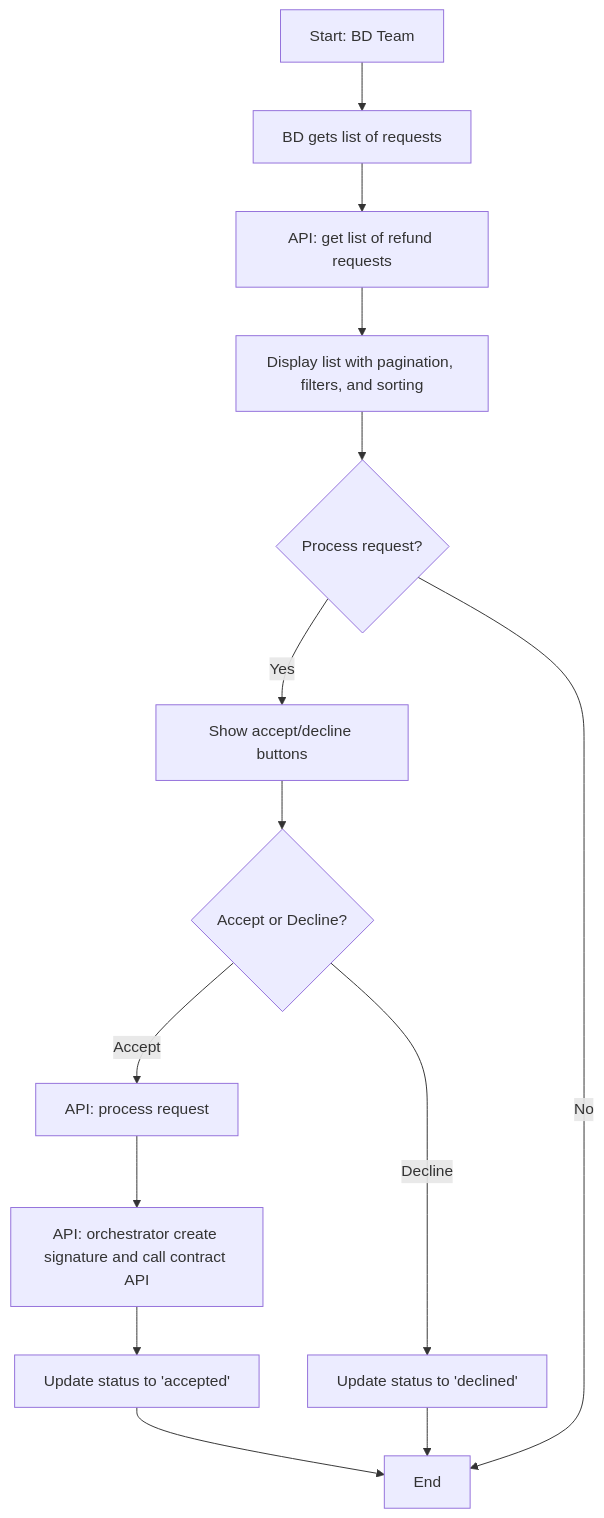
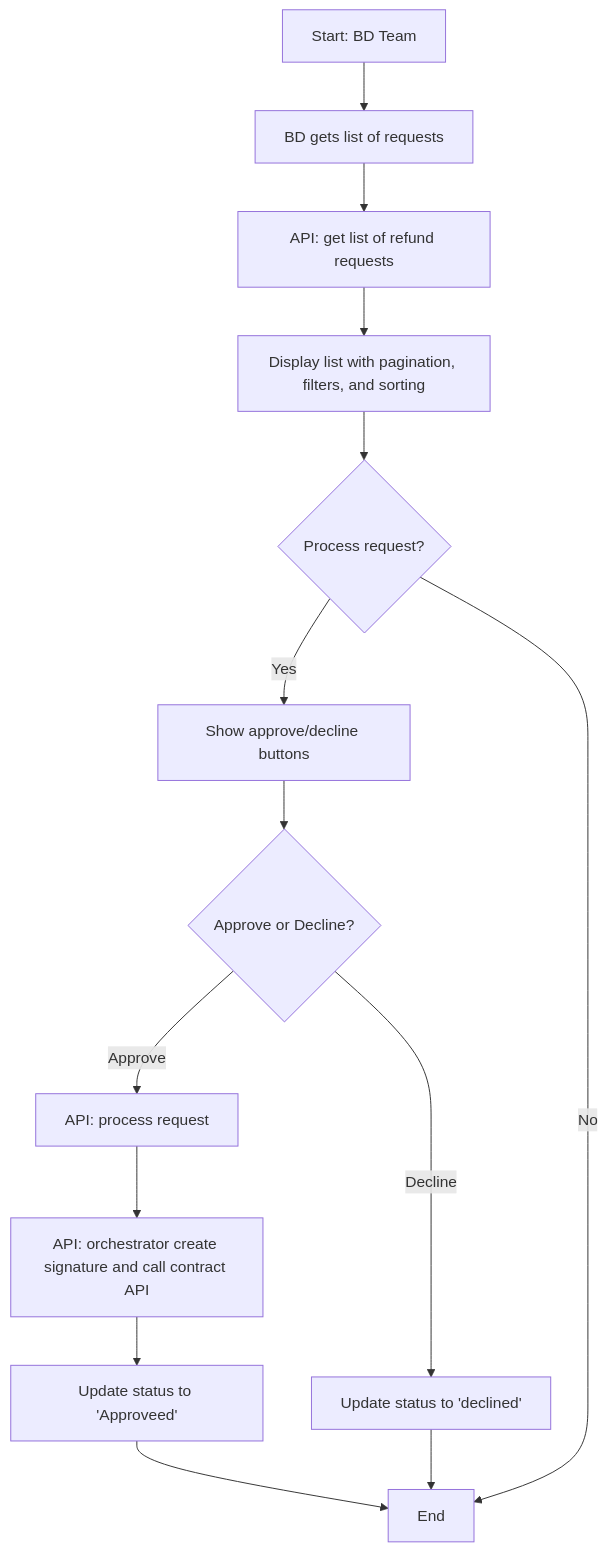
One commit to alphaflows/workbench changed the second of 2 diagrams in docs/crm/refund_request.md. Above: the diagram before and after it, drawn with Mermaid. The commit also changed other lines of this file and 1 other file, not shown here.

````diff
--- a/docs/crm/refund_request.md
+++ b/docs/crm/refund_request.md
@@ -17,16 +45,16 @@
 ```mermaid
 flowchart TD
     H[Start: BD Team] --> I[BD gets list of requests]
     I --> J[API: get list of refund requests]
     J --> K[Display list with pagination, filters, and sorting]
     K --> L{Process request?}
-    L -->|Yes| M[Show accept/decline buttons]
-    M --> N{Accept or Decline?}
-    N -->|Accept| O[API: process request]
+    L -->|Yes| M[Show approve/decline buttons]
+    M --> N{Approve or Decline?}
+    N -->|Approve| O[API: process request]
     O --> P[API: orchestrator create signature and call contract API]
-    P --> Q[Update status to 'accepted']
+    P --> Q[Update status to 'Approveed']
     N -->|Decline| R[Update status to 'declined']
     Q --> S[End]
     R --> S
     L -->|No| S
 ```
````
